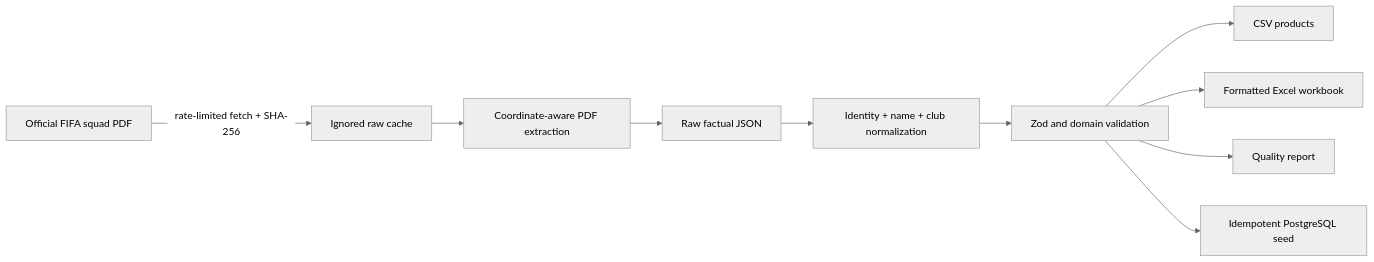
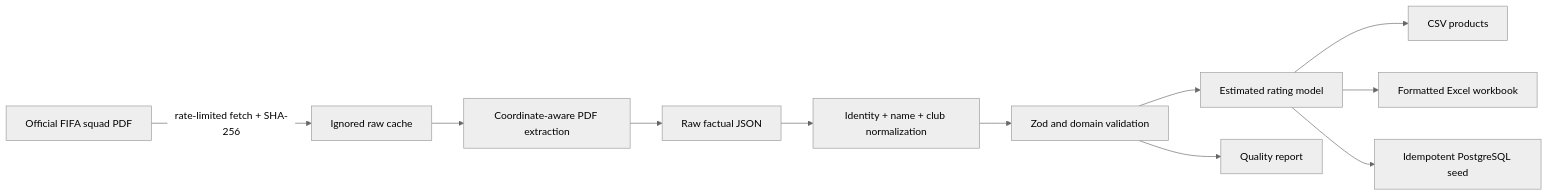
One commit to ymbawa26/WorldCup changed the diagram in docs/DATA_PIPELINE.md. Above: the diagram before and after it, drawn with Mermaid (neutral theme). The commit also changed other lines of this file and 30 other files, not shown here.

````diff
--- a/docs/DATA_PIPELINE.md
+++ b/docs/DATA_PIPELINE.md
@@ -11,12 +13,13 @@
 ```mermaid
 flowchart LR
     A["Official FIFA squad PDF"] -->|"rate-limited fetch + SHA-256"| B["Ignored raw cache"]
     B --> C["Coordinate-aware PDF extraction"]
     C --> D["Raw factual JSON"]
     D --> E["Identity + name + club normalization"]
     E --> F["Zod and domain validation"]
-    F --> G["CSV products"]
-    F --> H["Formatted Excel workbook"]
+    F --> R["Estimated rating model"]
+    R --> G["CSV products"]
+    R --> H["Formatted Excel workbook"]
     F --> I["Quality report"]
-    F --> J["Idempotent PostgreSQL seed"]
+    R --> J["Idempotent PostgreSQL seed"]
 ```
````
